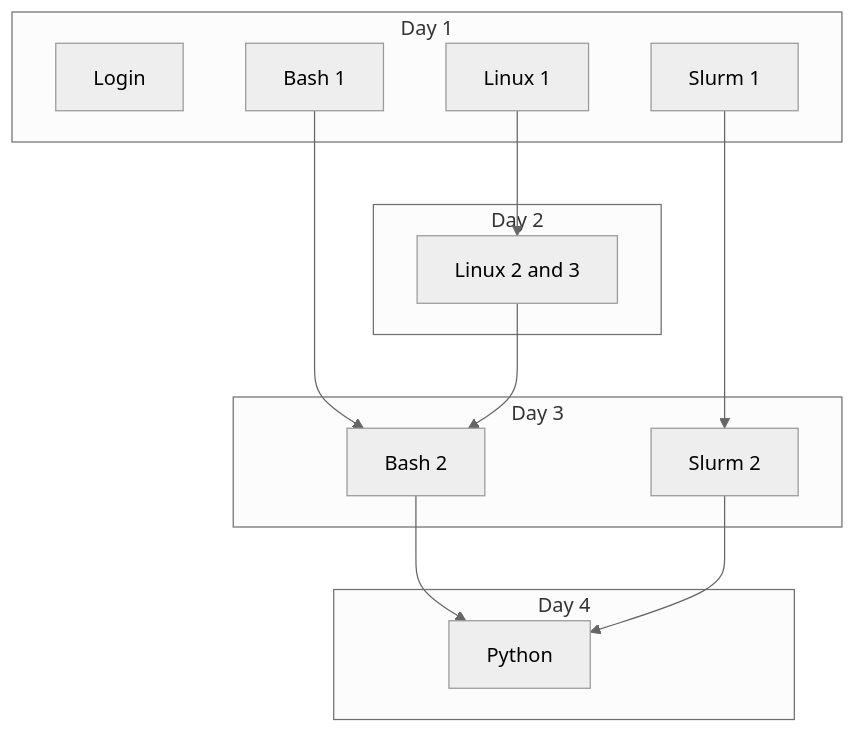
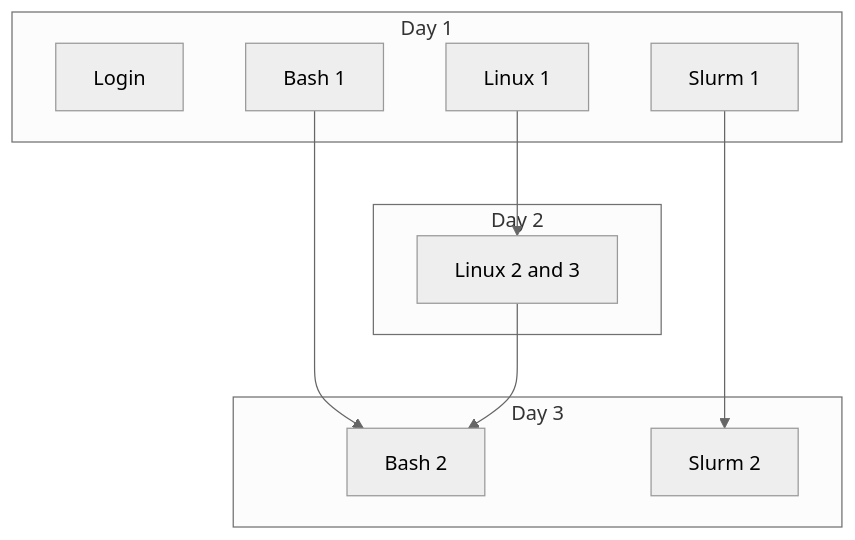
The diagram in docs/overviews/uppmax_intro.md (UPPMAX/uppmax_intro_day_1), drawn with Mermaid (neutral theme) before and after one commit. The commit also changed other lines of this file and 23 other files, not shown here.

````diff
--- a/docs/overviews/uppmax_intro.md
+++ b/docs/overviews/uppmax_intro.md
@@ -12,29 +13,23 @@
 ```mermaid
 flowchart TD
 
   subgraph day_1[Day 1]
     login[Login]
     bash_1[Bash 1]
     slurm_1[Slurm 1]
     linux_1[Linux 1]
   end
   subgraph day_2[Day 2]
     linux_2[Linux 2 and 3]
   end
   subgraph day_3[Day 3]
     bash_2[Bash 2]
     slurm_2[Slurm 2]
   end
-  subgraph day_4[Day 4]
-    python[Python]
-  end
 
   bash_1 --> bash_2
   linux_1 --> linux_2  
 
   linux_2 --> bash_2
   slurm_1 --> slurm_2
-
-  bash_2 --> python
-  slurm_2 --> python
 ```
````
